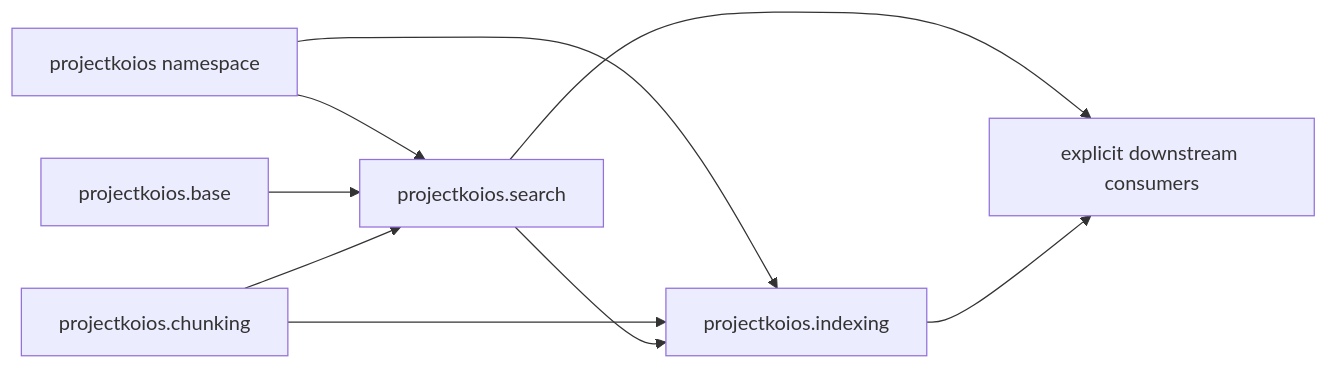
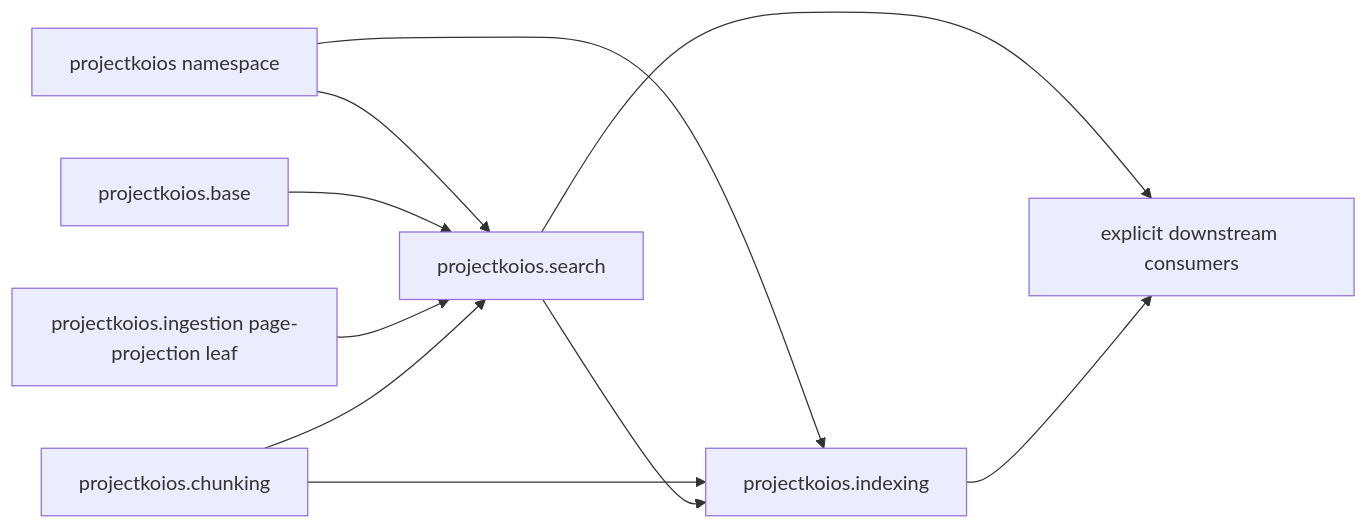
Before and after one commit to eragasa/projectkoios-search: the diagram in docs/architecture/projectkoios/schematic.md, drawn with Mermaid. The commit also changed other lines of this file and 33 other files, not shown here.

Commit message:
feat(search): derive deterministic page projection chunks

````diff
--- a/docs/architecture/projectkoios/schematic.md
+++ b/docs/architecture/projectkoios/schematic.md
@@ -3,11 +3,12 @@
 ```mermaid
 flowchart LR
     Namespace["projectkoios namespace"] --> Search["projectkoios.search"]
     Namespace --> Indexing["projectkoios.indexing"]
     Base["projectkoios.base"] --> Search
+    Ingestion["projectkoios.ingestion page-projection leaf"] --> Search
     Chunking["projectkoios.chunking"] --> Search
     Chunking --> Indexing
     Search --> Indexing
     Search --> Consumers["explicit downstream consumers"]
     Indexing --> Consumers
 ```
````
